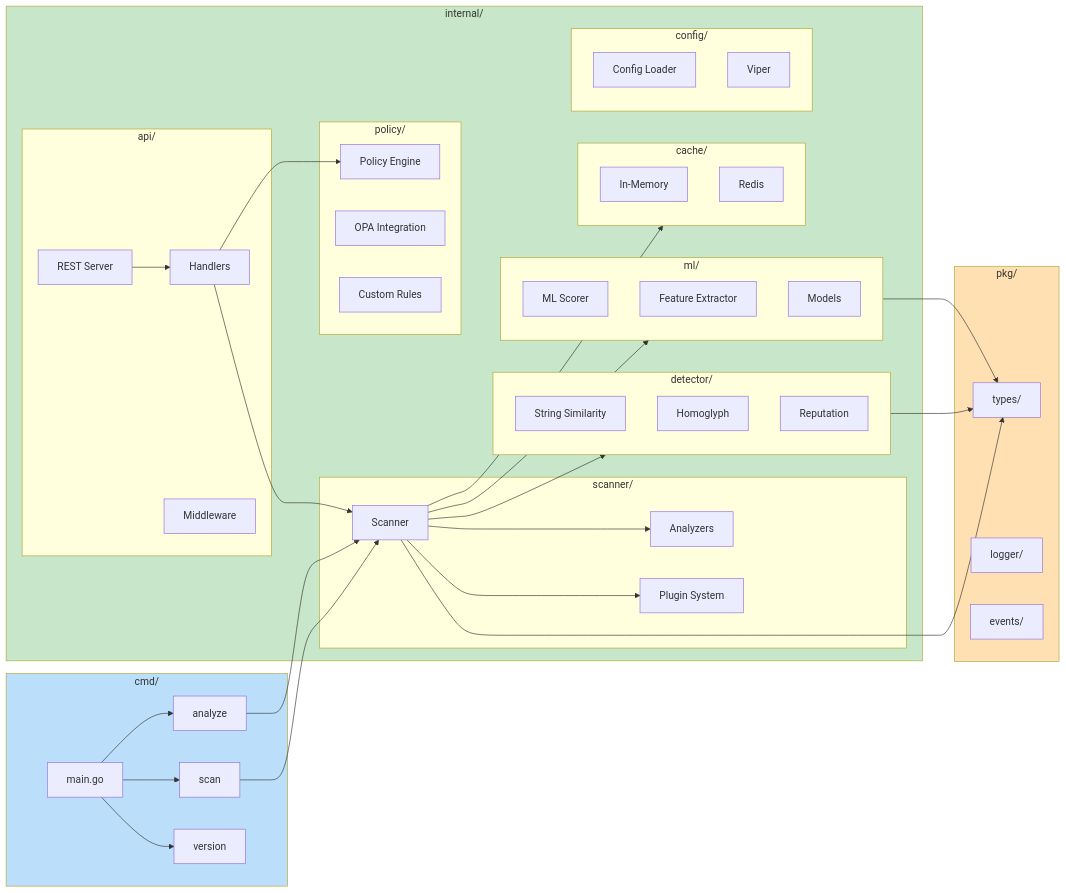
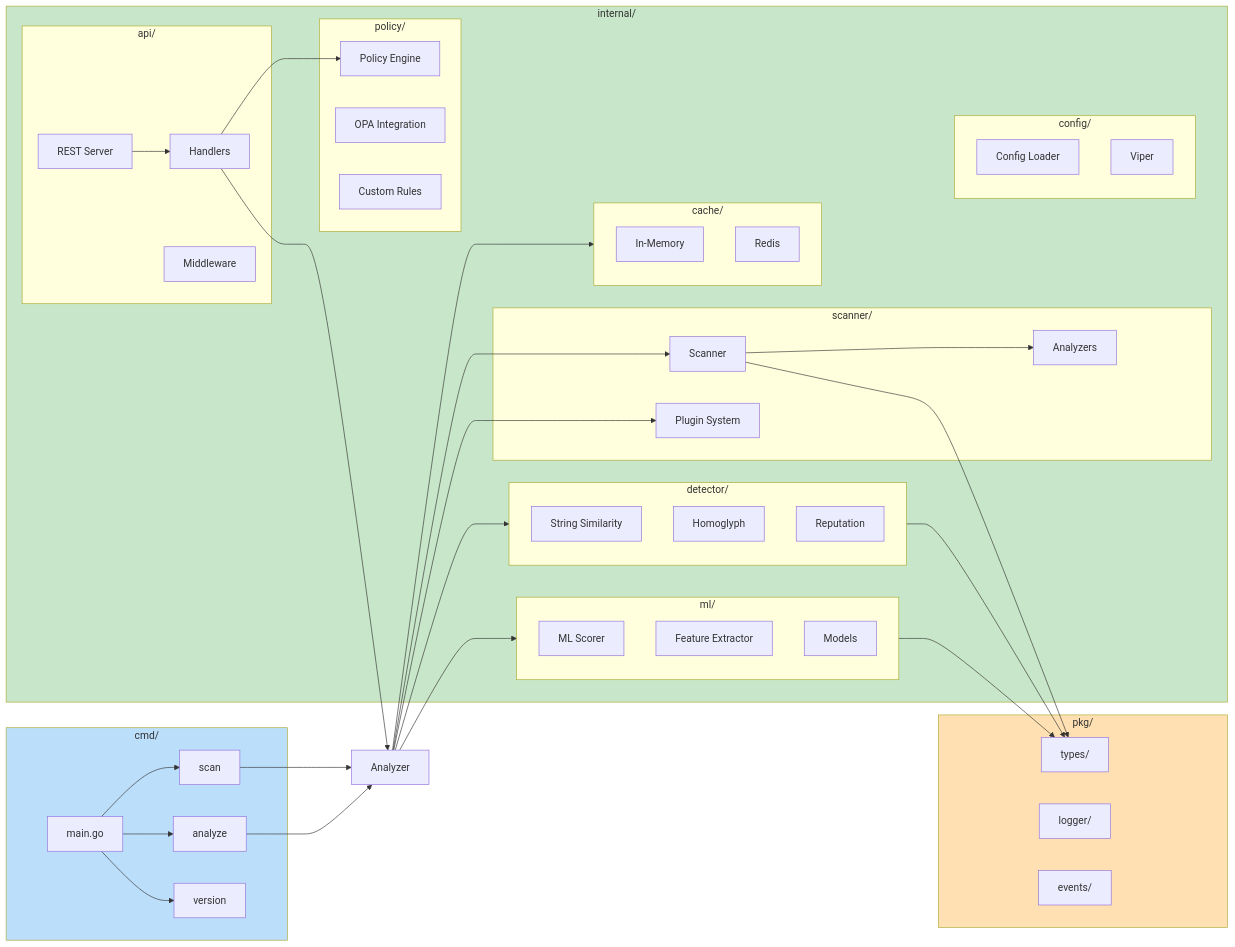
The second of 7 diagrams in docs/ARCHITECTURE.md (falcn-io/falcn), drawn with Mermaid before and after one commit. The commit also changed other lines of this file and 213 other files, not shown here.

Commit message:
Refactor: Unify Scanner/Analyzer Architecture, Bump version to v1.1.0

```diff
--- a/docs/ARCHITECTURE.md
+++ b/docs/ARCHITECTURE.md
@@ -130,17 +133,19 @@
     Main --> AnalyzeCmd
     Main --> VersionCmd
     
-    ScanCmd --> Scanner
-    AnalyzeCmd --> Scanner
+    ScanCmd --> Analyzer
+    AnalyzeCmd --> Analyzer
+    
+    Analyzer --> Scanner
+    Analyzer --> Plugins
+    Analyzer --> DetectorPkg
+    Analyzer --> MLPkg
+    Analyzer --> CachePkg
     
     Scanner --> Analyzers
-    Scanner --> Plugins
-    Scanner --> DetectorPkg
-    Scanner --> MLPkg
-    Scanner --> CachePkg
     
     REST --> Handlers
-    Handlers --> Scanner
+    Handlers --> Analyzer
     Handlers --> PolicyEngine
     
     Scanner --> Types
```
